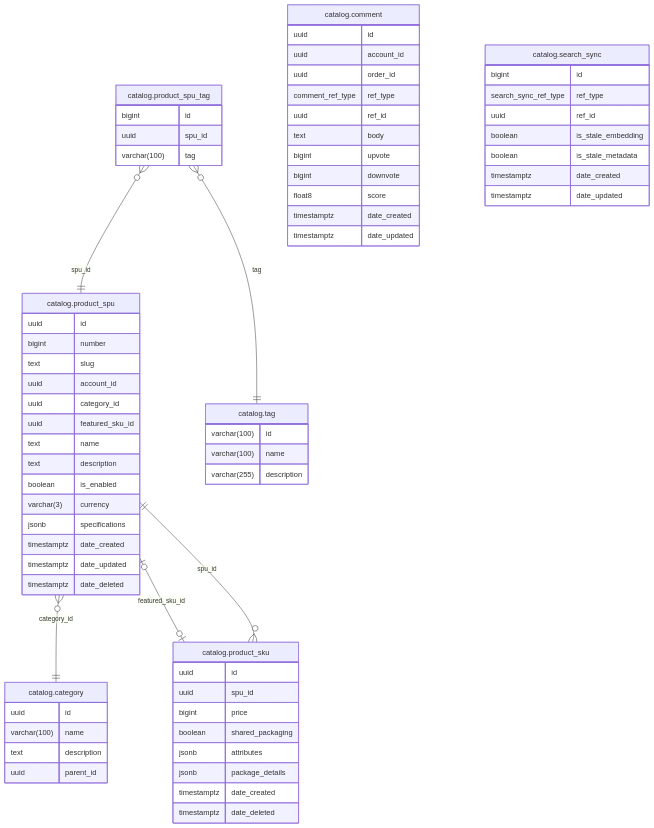
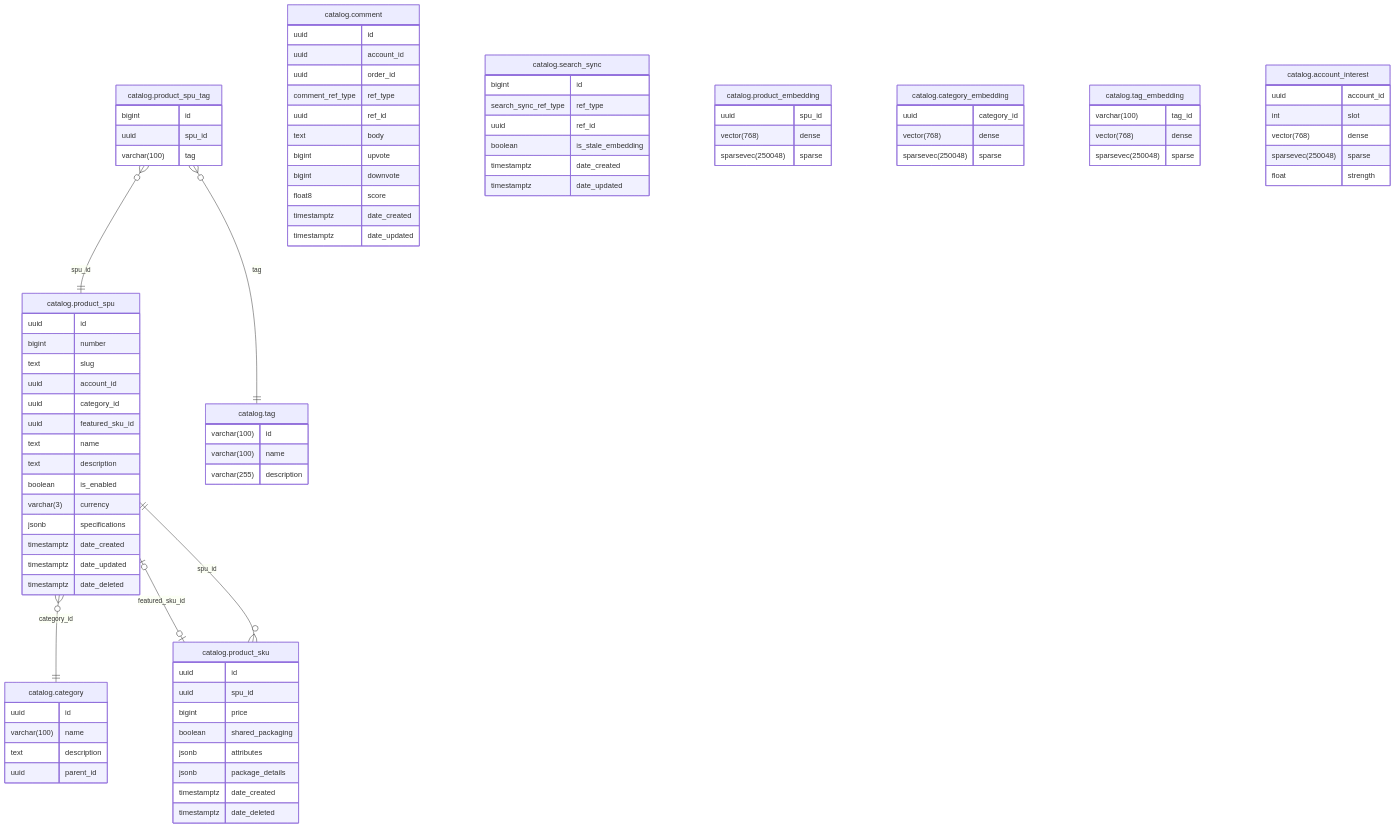
Before and after one commit to shopnexus/shopnexus-remastered: the diagram in internal/module/catalog/README.md, drawn with Mermaid. The commit also changed other lines of this file and 25 other files, not shown here.

```diff
--- a/internal/module/catalog/README.md
+++ b/internal/module/catalog/README.md
@@ -68,9 +68,30 @@
   search_sync_ref_type ref_type
   uuid ref_id
   boolean is_stale_embedding
-  boolean is_stale_metadata
   timestamptz date_created
   timestamptz date_updated
+}
+"catalog.product_embedding" {
+  uuid spu_id
+  vector(768) dense
+  sparsevec(250048) sparse
+}
+"catalog.category_embedding" {
+  uuid category_id
+  vector(768) dense
+  sparsevec(250048) sparse
+}
+"catalog.tag_embedding" {
+  varchar(100) tag_id
+  vector(768) dense
+  sparsevec(250048) sparse
+}
+"catalog.account_interest" {
+  uuid account_id
+  int slot
+  vector(768) dense
+  sparsevec(250048) sparse
+  float strength
 }
 "catalog.tag" {
   varchar(100) id
```
